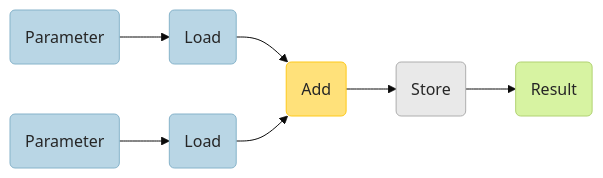
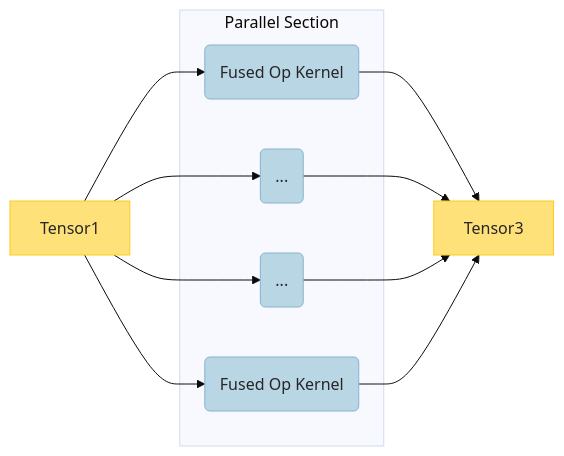
Before and after one commit to openvinotoolkit/openvino: the fourth of 12 diagrams in src/common/snippets/docs/snippets_design_guide.md, drawn with Mermaid (base theme). The commit also changed other lines of this file and 1 other file, not shown here.

````diff
--- a/src/common/snippets/docs/snippets_design_guide.md
+++ b/src/common/snippets/docs/snippets_design_guide.md
@@ -127,17 +92,25 @@
 ```mermaid
-flowchart LR
-    nodeA1(Parameter) --> nodeA6(Load)
-    nodeA6(Load) --> nodeA2(Add)
-    nodeA3(Parameter) --> nodeA7(Load)
-    nodeA7(Load) --> nodeA2(Add)
-    nodeA2(Add) --> nodeA8(Store)
-    nodeA8(Store) --> nodeA5(Result)
-classDef carbon1 fill:#E9E9E9, stroke: #AEAEAE, color: #262626
-classDef moss1 fill:#D7F3A2, stroke: #B1D272, color: #262626
+ graph LR
+%%    {init: { "flowchart": {"width": 0.1, "useMaxWidth": true} }}
+    Tensor1[Tensor1]
+    subgraph ParallelSection1 [Parallel Section]
+        op1_0(Fused Op Kernel)
+        op1_1(...)
+        op1_2(...)
+        op1_3(Fused Op Kernel)
+    end
+    Tensor3[Tensor3]
+    Tensor1 --> op1_0 
+    Tensor1 --> op1_1 
+    Tensor1 --> op1_2 
+    Tensor1 --> op1_3
+    op1_0 --> Tensor3
+    op1_1 --> Tensor3
+    op1_2 --> Tensor3
+    op1_3 --> Tensor3
+classDef no-bg-color fill:none,stroke-width:0px
 classDef steel1 fill:#B9D6E5, stroke: #86B3CA, color: #262626
 classDef daisy1 fill:#FFE17A, stroke: #FEC91B, color: #262626
-class nodeA2 daisy1
-class nodeA5 moss1
-class nodeA8 carbon1
-class nodeA1,nodeA3,nodeA6,nodeA7 steel1
+class op1_0,op1_1,op1_2,op1_3 steel1
+class Tensor1,Tensor2,Tensor3 daisy1
 ```
````
